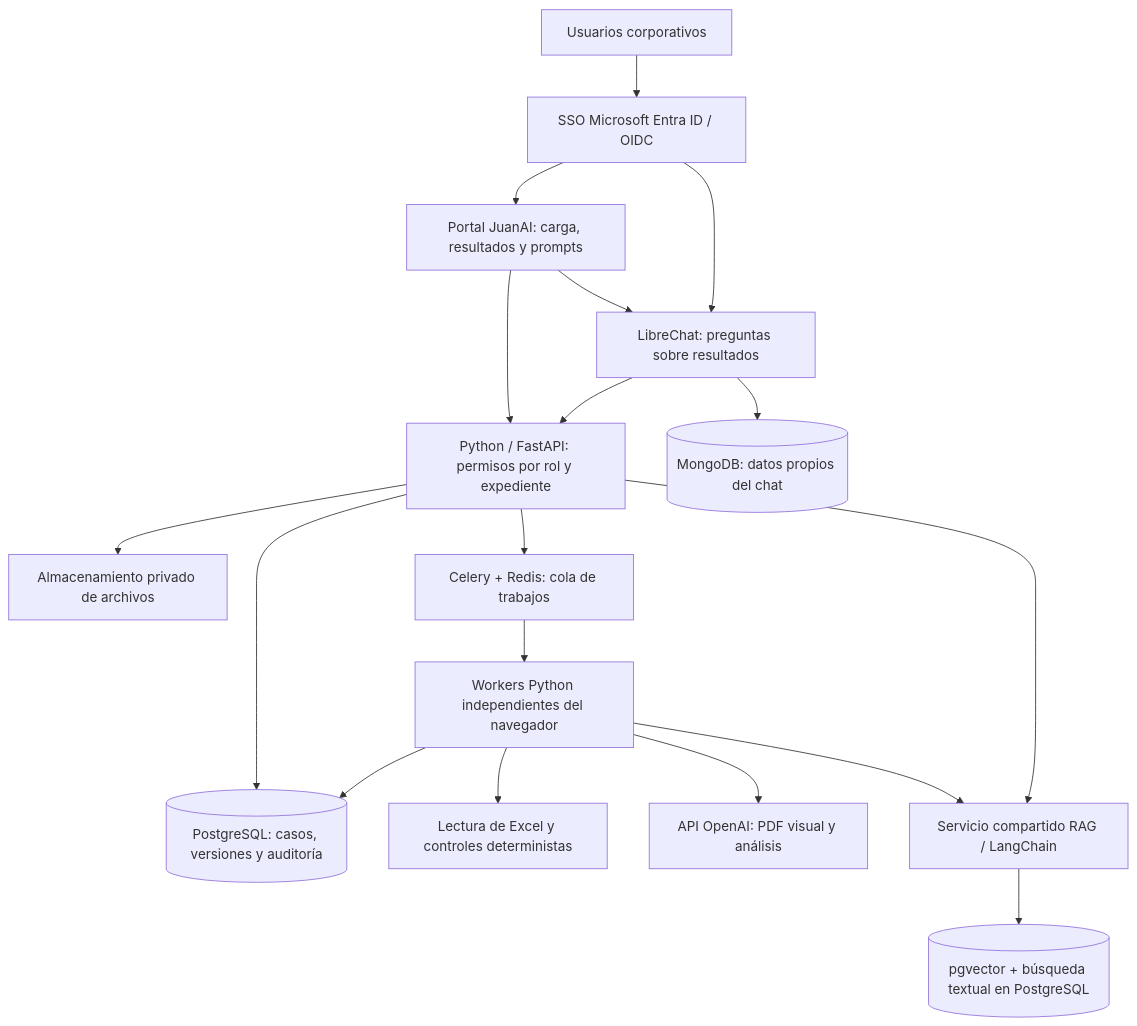
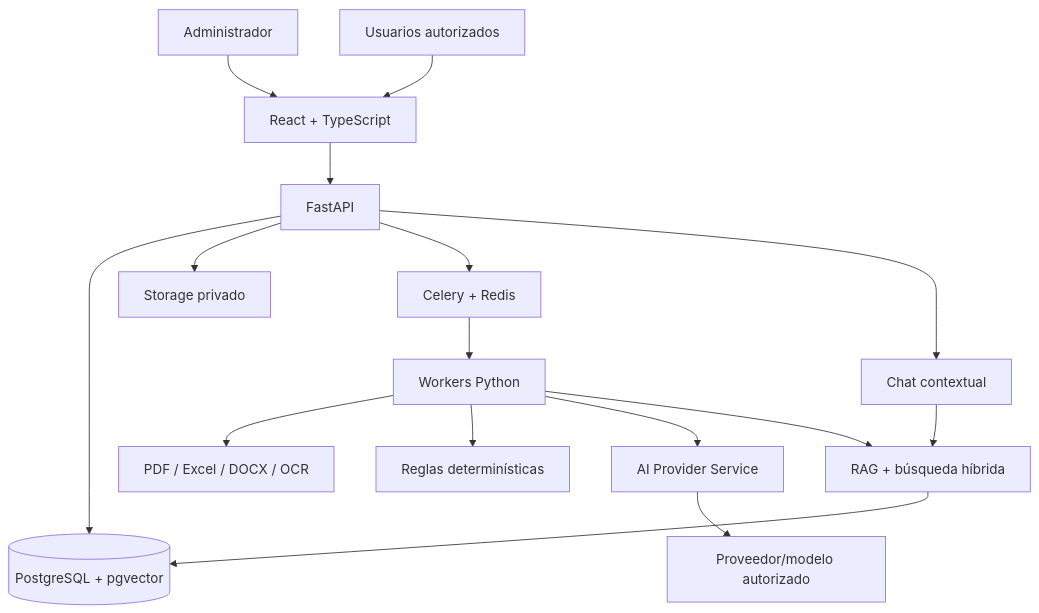
The diagram in README.md (rhenriquezvigaflow/JuanitoAI_Test), drawn with Mermaid before and after one commit. The commit also changed other lines of this file, not shown here.

````diff
--- a/README.md
+++ b/README.md
@@ -13,20 +24,18 @@
 ```mermaid
 flowchart TD
-    U[Usuarios corporativos] --> S[SSO Microsoft Entra ID / OIDC]
-    S --> UI[Portal JuanAI: carga, resultados y prompts]
-    UI --> API[Python / FastAPI: permisos por rol y expediente]
-    API --> DB[(PostgreSQL: casos, versiones y auditoría)]
-    API --> FS[Almacenamiento privado de archivos]
-    API --> Q[Celery + Redis: cola de trabajos]
-    Q --> W[Workers Python independientes del navegador]
-    W --> XL[Lectura de Excel y controles deterministas]
-    W --> LLM[API OpenAI: PDF visual y análisis]
-    W --> RAG[Servicio compartido RAG / LangChain]
-    RAG --> V[(pgvector + búsqueda textual en PostgreSQL)]
-    W --> DB
-    UI --> CHAT[LibreChat: preguntas sobre resultados]
-    S --> CHAT
-    CHAT --> API
-    CHAT --> M[(MongoDB: datos propios del chat)]
-    API --> RAG
+    A[Administrador] --> UI[React + TypeScript]
+    U[Usuarios autorizados] --> UI
+    UI --> API[FastAPI]
+    API --> DB[(PostgreSQL + pgvector)]
+    API --> FS[Storage privado]
+    API --> Q[Celery + Redis]
+    Q --> W[Workers Python]
+    W --> DOC[PDF / Excel / DOCX / OCR]
+    W --> RULES[Reglas determinísticas]
+    W --> AI[AI Provider Service]
+    AI --> MODEL[Proveedor/modelo autorizado]
+    W --> RAG[RAG + búsqueda híbrida]
+    RAG --> DB
+    API --> CHAT[Chat contextual]
+    CHAT --> RAG
 ```
````
